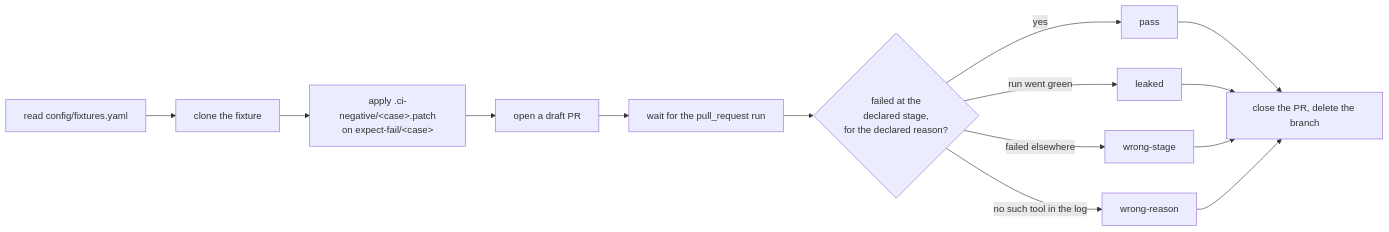
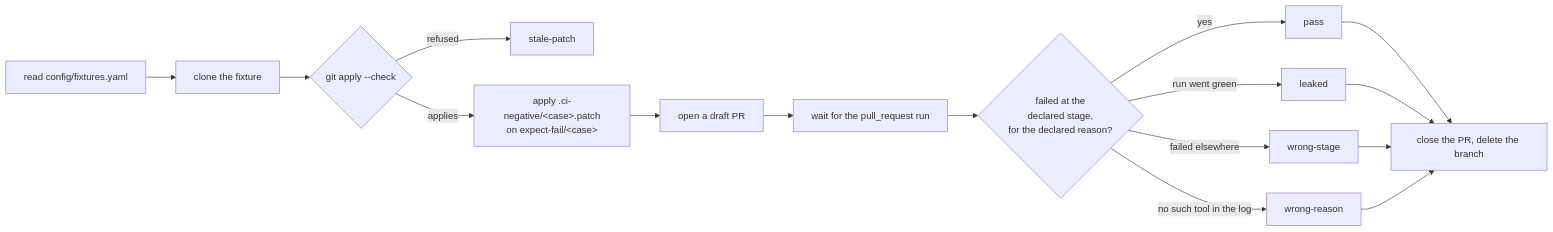
Before and after one commit to hyperi-io/hyperi-ci: the diagram in docs/testing/negative-cases.md, drawn with Mermaid. The commit also changed other lines of this file and 4 other files, not shown here.

First line of the commit message:
fix(ci): check a planted patch still applies, and let a case wait on a release

````diff
--- a/docs/testing/negative-cases.md
+++ b/docs/testing/negative-cases.md
@@ -37,13 +50,15 @@
 ```mermaid
 flowchart LR
     A[read config/fixtures.yaml] --> B[clone the fixture]
-    B --> C["apply .ci-negative/&lt;case&gt;.patch<br/>on expect-fail/&lt;case&gt;"]
+    B --> P{"git apply --check"}
+    P -->|refused| S[stale-patch]
+    P -->|applies| C["apply .ci-negative/&lt;case&gt;.patch<br/>on expect-fail/&lt;case&gt;"]
     C --> D[open a draft PR]
     D --> E[wait for the pull_request run]
     E --> F{failed at the<br/>declared stage,<br/>for the declared reason?}
     F -->|yes| G[pass]
     F -->|run went green| H[leaked]
     F -->|failed elsewhere| I[wrong-stage]
     F -->|no such tool in the log| J[wrong-reason]
     G & H & I & J --> K[close the PR, delete the branch]
 ```
````
